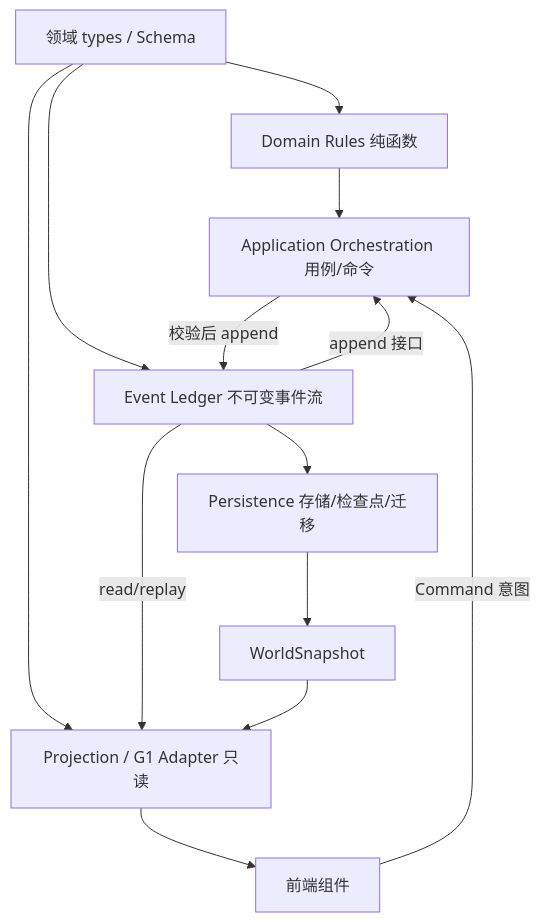
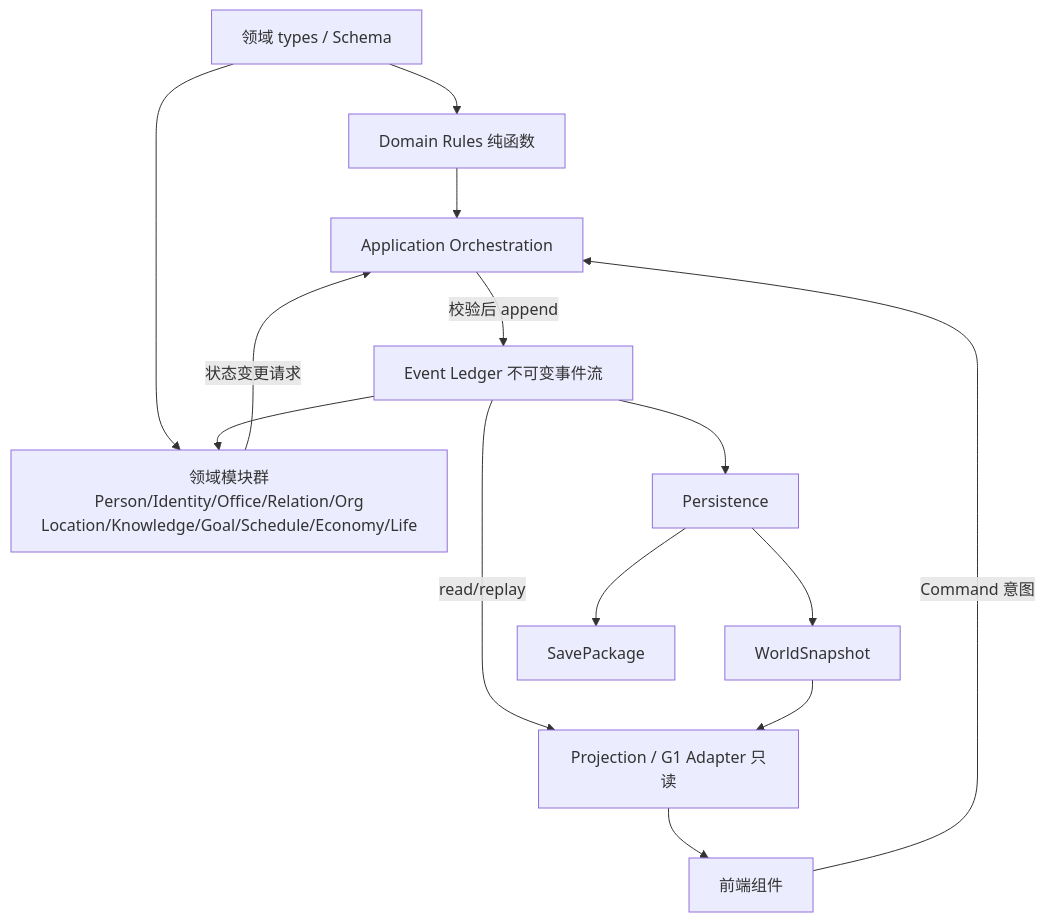
One commit to suzhiyi90-max/Guanyuan changed the second of 2 diagrams in Guanyuan-review/design/正式世界领域模型与边界契约草案-v0.1.md. Above: the diagram before and after it, drawn with Mermaid. The commit also changed other lines of this file and 1 other file, not shown here.

````diff
--- a/Guanyuan-review/design/正式世界领域模型与边界契约草案-v0.1.md
+++ b/Guanyuan-review/design/正式世界领域模型与边界契约草案-v0.1.md
@@ -378,15 +369,16 @@
 ```mermaid
 flowchart TD
   TYPES[领域 types / Schema] --> RULES[Domain Rules 纯函数]
-  TYPES --> LEDGER[Event Ledger 不可变事件流]
-  TYPES --> PROJ[Projection / G1 Adapter 只读]
-  RULES --> ORCH[Application Orchestration 用例/命令]
-  LEDGER -->|append 接口| ORCH
-  ORCH -->|校验后 append| LEDGER
-  LEDGER --> PERSIST[Persistence 存储/检查点/迁移]
+  TYPES --> DOM[领域模块群<br/>Person/Identity/Office/Relation/Org<br/>Location/Knowledge/Goal/Schedule/Economy/Life]
+  RULES --> ORCH[Application Orchestration]
+  DOM -->|状态变更请求| ORCH
+  ORCH -->|校验后 append| LEDGER[Event Ledger 不可变事件流]
+  LEDGER --> DOM
+  LEDGER --> PERSIST[Persistence]
   PERSIST --> SNAP[WorldSnapshot]
-  LEDGER -->|read/replay| PROJ
+  PERSIST --> PKG[SavePackage]
+  LEDGER -->|read/replay| PROJ[Projection / G1 Adapter 只读]
   SNAP --> PROJ
   PROJ --> UI[前端组件]
   UI -->|Command 意图| ORCH
 ```
````
